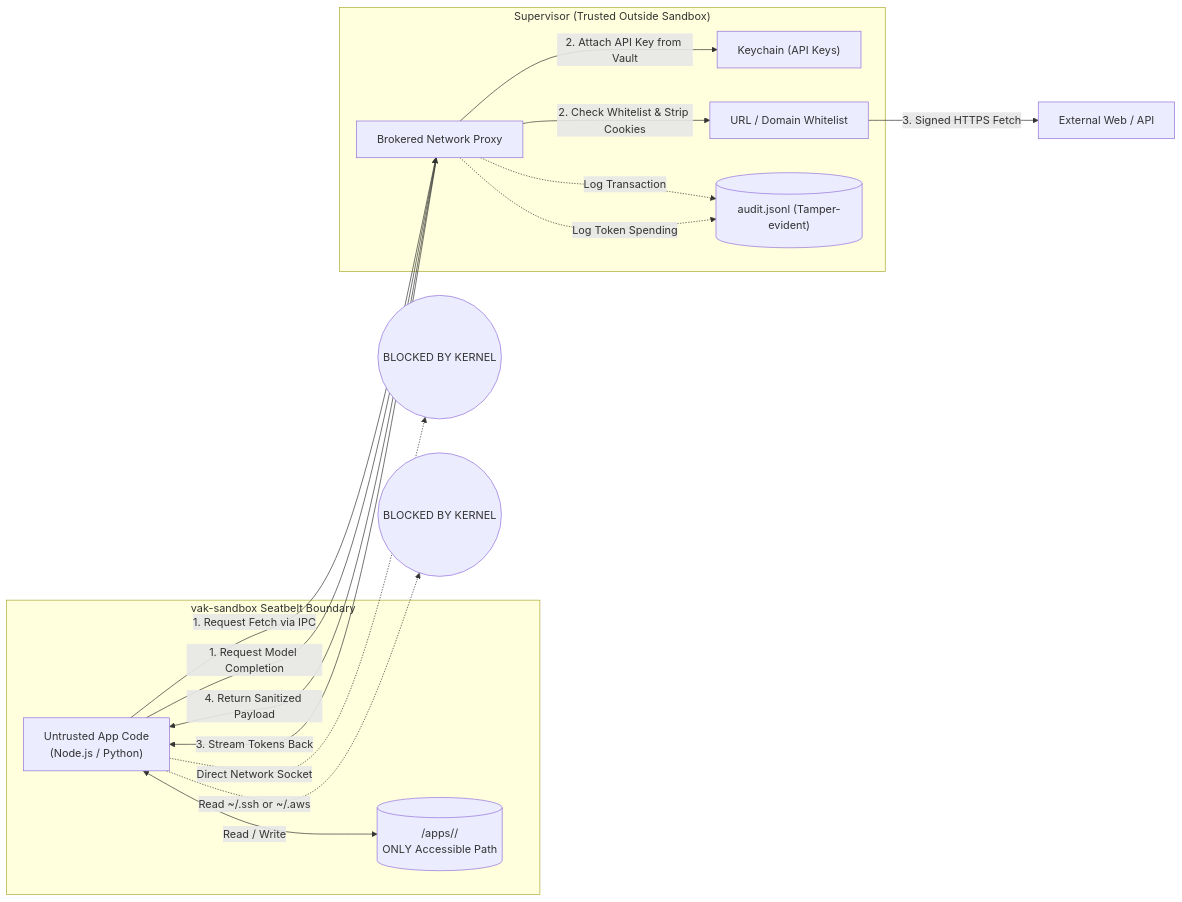
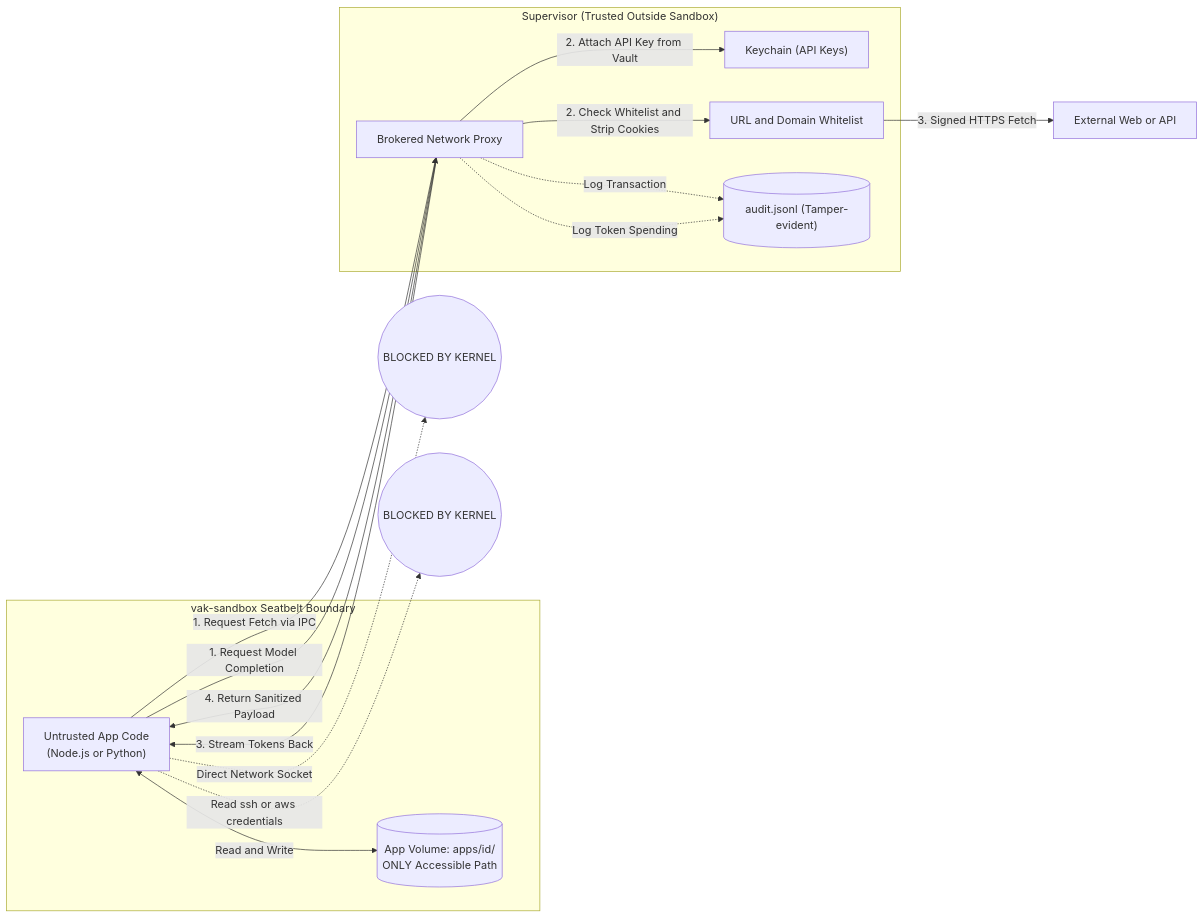
The fourth of 6 diagrams in docs/sandboxed-apps/ARCHITECTURE.md (nranjan2code/vakyartha), drawn with Mermaid before and after one commit. The commit also changed other lines of this file, not shown here.

Commit message:
docs(sandboxed-apps): fix mermaid syntax errors for GitHub rendering

````diff
--- a/docs/sandboxed-apps/ARCHITECTURE.md
+++ b/docs/sandboxed-apps/ARCHITECTURE.md
@@ -425,29 +425,29 @@
 ```mermaid
 graph LR
-    subgraph Jailed Sandbox ["vak-sandbox Seatbelt Boundary"]
-        AppCode["Untrusted App Code\n(Node.js / Python)"]
-        LocalDisk[("<dataDir>/apps/<id>/\nONLY Accessible Path")]
+    subgraph JailedSandbox ["vak-sandbox Seatbelt Boundary"]
+        AppCode["Untrusted App Code<br/>(Node.js or Python)"]
+        LocalDisk[("App Volume: apps/id/<br/>ONLY Accessible Path")]
     end
 
-    subgraph Host Supervisor ["Supervisor (Trusted Outside Sandbox)"]
+    subgraph HostSupervisor ["Supervisor (Trusted Outside Sandbox)"]
         KeyStore["Keychain (API Keys)"]
         Broker["Brokered Network Proxy"]
-        Firewall["URL / Domain Whitelist"]
+        Firewall["URL and Domain Whitelist"]
         AuditLog[("audit.jsonl (Tamper-evident)")]
     end
 
-    AppCode -.->|Direct Network Socket| Denied((BLOCKED BY KERNEL))
-    AppCode -.->|Read ~/.ssh or ~/.aws| DeniedFile((BLOCKED BY KERNEL))
-    AppCode <-->|Read / Write| LocalDisk
+    AppCode -.->|"Direct Network Socket"| Denied(("BLOCKED BY KERNEL"))
+    AppCode -.->|"Read ssh or aws credentials"| DeniedFile(("BLOCKED BY KERNEL"))
+    AppCode <-->|"Read and Write"| LocalDisk
 
-    AppCode -->|1. Request Fetch via IPC| Broker
-    Broker -->|2. Check Whitelist & Strip Cookies| Firewall
-    Firewall -->|3. Signed HTTPS Fetch| RemoteAPI[External Web / API]
-    Broker -->|4. Return Sanitized Payload| AppCode
-    Broker -.->|Log Transaction| AuditLog
+    AppCode -->|"1. Request Fetch via IPC"| Broker
+    Broker -->|"2. Check Whitelist and Strip Cookies"| Firewall
+    Firewall -->|"3. Signed HTTPS Fetch"| RemoteAPI["External Web or API"]
+    Broker -->|"4. Return Sanitized Payload"| AppCode
+    Broker -.->|"Log Transaction"| AuditLog
 
-    AppCode -->|1. Request Model Completion| Broker
-    Broker -->|2. Attach API Key from Vault| KeyStore
-    Broker -->|3. Stream Tokens Back| AppCode
-    Broker -.->|Log Token Spending| AuditLog
+    AppCode -->|"1. Request Model Completion"| Broker
+    Broker -->|"2. Attach API Key from Vault"| KeyStore
+    Broker -->|"3. Stream Tokens Back"| AppCode
+    Broker -.->|"Log Token Spending"| AuditLog
 ```
````
